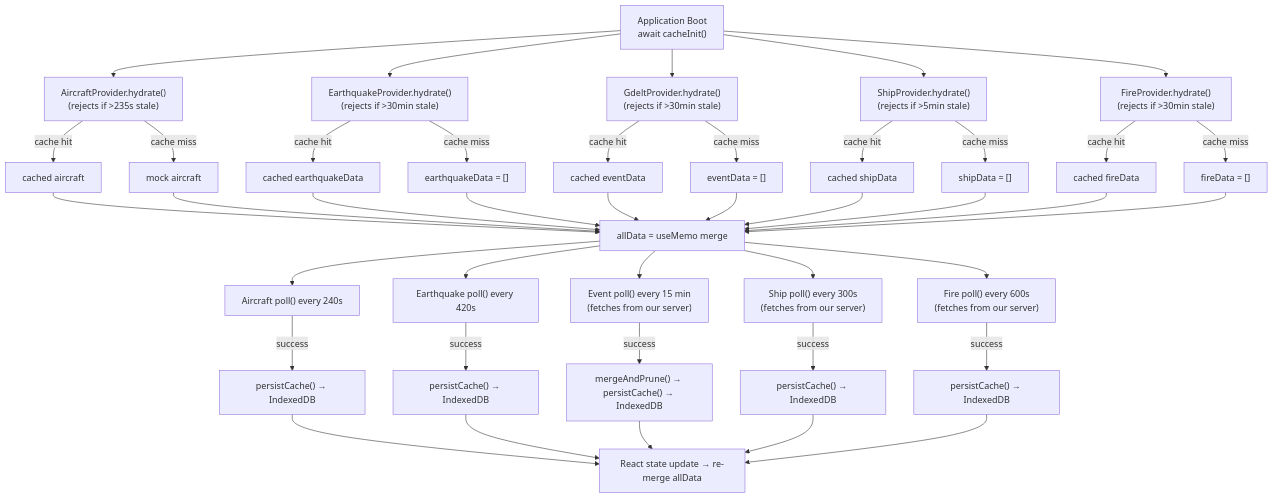
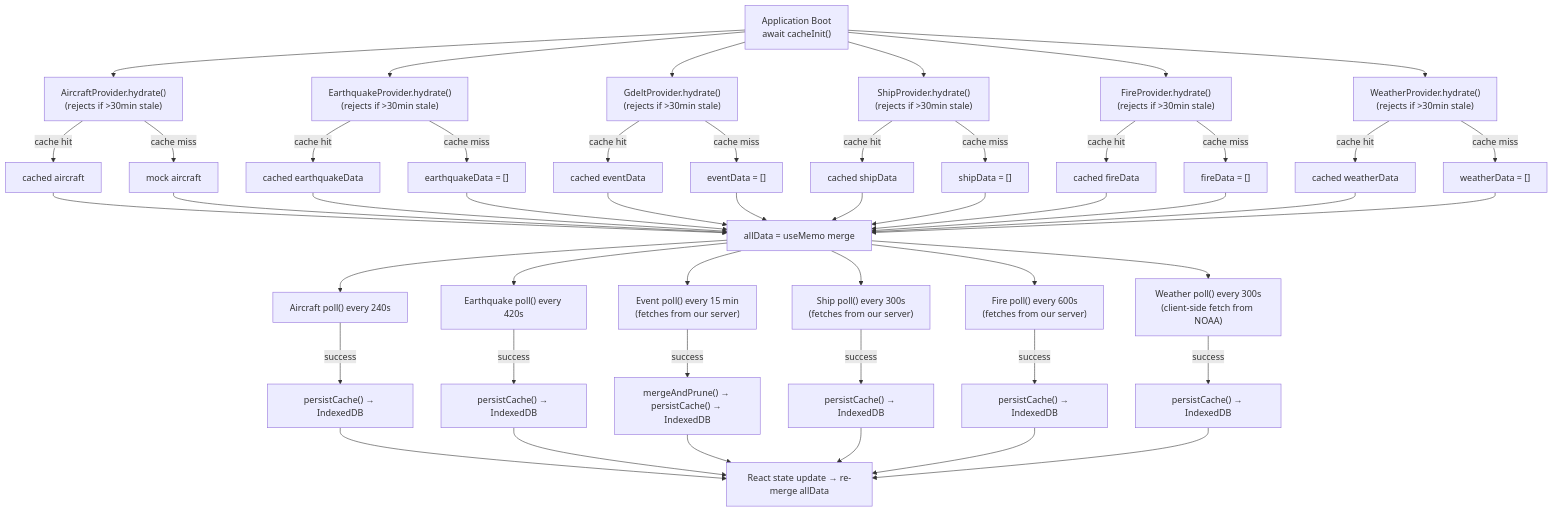
One commit to iiTONELOC/sigint changed the first of 2 diagrams in docs/data-flow.md. Above: the diagram before and after it, drawn with Mermaid. The commit also changed other lines of this file and 32 other files, not shown here.

````diff
--- a/docs/data-flow.md
+++ b/docs/data-flow.md
@@ -53,52 +53,61 @@
 ```mermaid
 flowchart TD
-    Boot["Application Boot<br/>await cacheInit()"] --> HydrateAC["AircraftProvider.hydrate()<br/>(rejects if >235s stale)"]
+    Boot["Application Boot<br/>await cacheInit()"] --> HydrateAC["AircraftProvider.hydrate()<br/>(rejects if >30min stale)"]
     Boot --> HydrateEQ["EarthquakeProvider.hydrate()<br/>(rejects if >30min stale)"]
     Boot --> HydrateEV["GdeltProvider.hydrate()<br/>(rejects if >30min stale)"]
-    Boot --> HydrateSH["ShipProvider.hydrate()<br/>(rejects if >5min stale)"]
+    Boot --> HydrateSH["ShipProvider.hydrate()<br/>(rejects if >30min stale)"]
     Boot --> HydrateFI["FireProvider.hydrate()<br/>(rejects if >30min stale)"]
+    Boot --> HydrateWX["WeatherProvider.hydrate()<br/>(rejects if >30min stale)"]
 
     HydrateAC -->|"cache hit"| CachedAC["cached aircraft"]
     HydrateAC -->|"cache miss"| MockFallback["mock aircraft"]
 
     HydrateEQ -->|"cache hit"| CachedEQ["cached earthquakeData"]
     HydrateEQ -->|"cache miss"| EmptyEQ["earthquakeData = []"]
 
     HydrateEV -->|"cache hit"| CachedEV["cached eventData"]
     HydrateEV -->|"cache miss"| EmptyEV["eventData = []"]
 
     HydrateSH -->|"cache hit"| CachedSH["cached shipData"]
     HydrateSH -->|"cache miss"| EmptySH["shipData = []"]
 
     HydrateFI -->|"cache hit"| CachedFI["cached fireData"]
     HydrateFI -->|"cache miss"| EmptyFI["fireData = []"]
 
+    HydrateWX -->|"cache hit"| CachedWX["cached weatherData"]
+    HydrateWX -->|"cache miss"| EmptyWX["weatherData = []"]
+
     CachedAC --> AllData["allData = useMemo merge"]
     MockFallback --> AllData
     CachedEQ --> AllData
     EmptyEQ --> AllData
     CachedEV --> AllData
     EmptyEV --> AllData
     CachedSH --> AllData
     EmptySH --> AllData
     CachedFI --> AllData
     EmptyFI --> AllData
+    CachedWX --> AllData
+    EmptyWX --> AllData
 
     AllData --> PollAC["Aircraft poll() every 240s"]
     AllData --> PollEQ["Earthquake poll() every 420s"]
     AllData --> PollEV["Event poll() every 15 min<br/>(fetches from our server)"]
     AllData --> PollSH["Ship poll() every 300s<br/>(fetches from our server)"]
     AllData --> PollFI["Fire poll() every 600s<br/>(fetches from our server)"]
+    AllData --> PollWX["Weather poll() every 300s<br/>(client-side fetch from NOAA)"]
 
     PollAC -->|"success"| PersistAC["persistCache() → IndexedDB"]
     PollEQ -->|"success"| PersistEQ["persistCache() → IndexedDB"]
     PollEV -->|"success"| PersistEV["mergeAndPrune() → persistCache() → IndexedDB"]
     PollSH -->|"success"| PersistSH["persistCache() → IndexedDB"]
     PollFI -->|"success"| PersistFI["persistCache() → IndexedDB"]
+    PollWX -->|"success"| PersistWX["persistCache() → IndexedDB"]
 
     PersistAC --> SetState["React state update → re-merge allData"]
     PersistEQ --> SetState
     PersistEV --> SetState
     PersistSH --> SetState
     PersistFI --> SetState
+    PersistWX --> SetState
 ```
````
